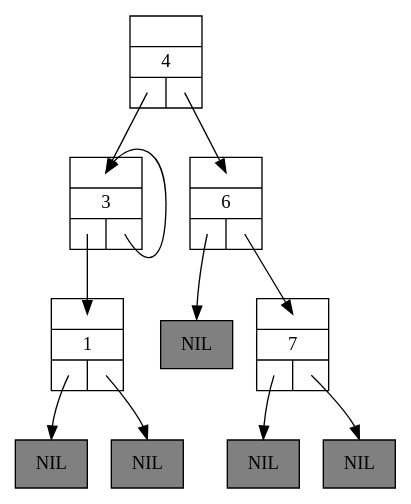
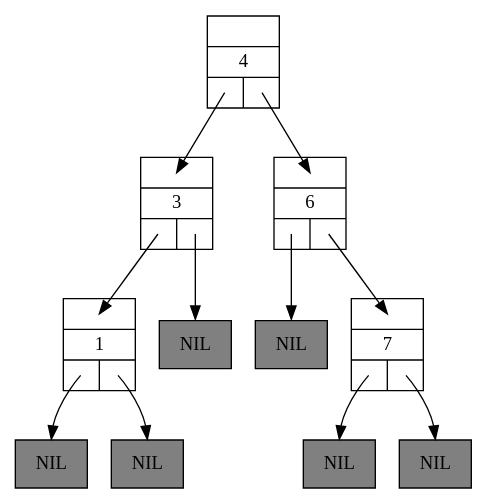
One commit to NOTuglyduckling/C changed the diagram in Algo3/base_code_lab5/Code/thetree-2.dot. Above: the diagram before and after it, drawn with Graphviz. The commit also changed 17 other files, not shown here.

```diff
--- a/Algo3/base_code_lab5/Code/thetree-2.dot
+++ b/Algo3/base_code_lab5/Code/thetree-2.dot
@@ -1,26 +1,27 @@
 digraph BinarySearchTree1 {
 	graph [ranksep=0.5];
 	node [shape = record];
 
 	n1 [label="{{<parent>}|1|{<left>|<right>}}"];
 	lnil1 [style=filled, fillcolor=grey, label="NIL"];
 	n1:left:c -> lnil1:n [headclip=false, tailclip=false]
 	rnil1 [style=filled, fillcolor=grey, label="NIL"];
 	n1:right:c -> rnil1:n [headclip=false, tailclip=false]
 	n3 [label="{{<parent>}|3|{<left>|<right>}}"];
 	n3:left:c -> n1:parent:c [headclip=false, tailclip=false]
-	n3:right:c -> n3:parent:c [headclip=false, tailclip=false]
+	rnil3 [style=filled, fillcolor=grey, label="NIL"];
+	n3:right:c -> rnil3:n [headclip=false, tailclip=false]
 	n4 [label="{{<parent>}|4|{<left>|<right>}}"];
 	n4:left:c -> n3:parent:c [headclip=false, tailclip=false]
 	n4:right:c -> n6:parent:c [headclip=false, tailclip=false]
 	n6 [label="{{<parent>}|6|{<left>|<right>}}"];
 	lnil6 [style=filled, fillcolor=grey, label="NIL"];
 	n6:left:c -> lnil6:n [headclip=false, tailclip=false]
 	n6:right:c -> n7:parent:c [headclip=false, tailclip=false]
 	n7 [label="{{<parent>}|7|{<left>|<right>}}"];
 	lnil7 [style=filled, fillcolor=grey, label="NIL"];
 	n7:left:c -> lnil7:n [headclip=false, tailclip=false]
 	rnil7 [style=filled, fillcolor=grey, label="NIL"];
 	n7:right:c -> rnil7:n [headclip=false, tailclip=false]
 
 }
```
